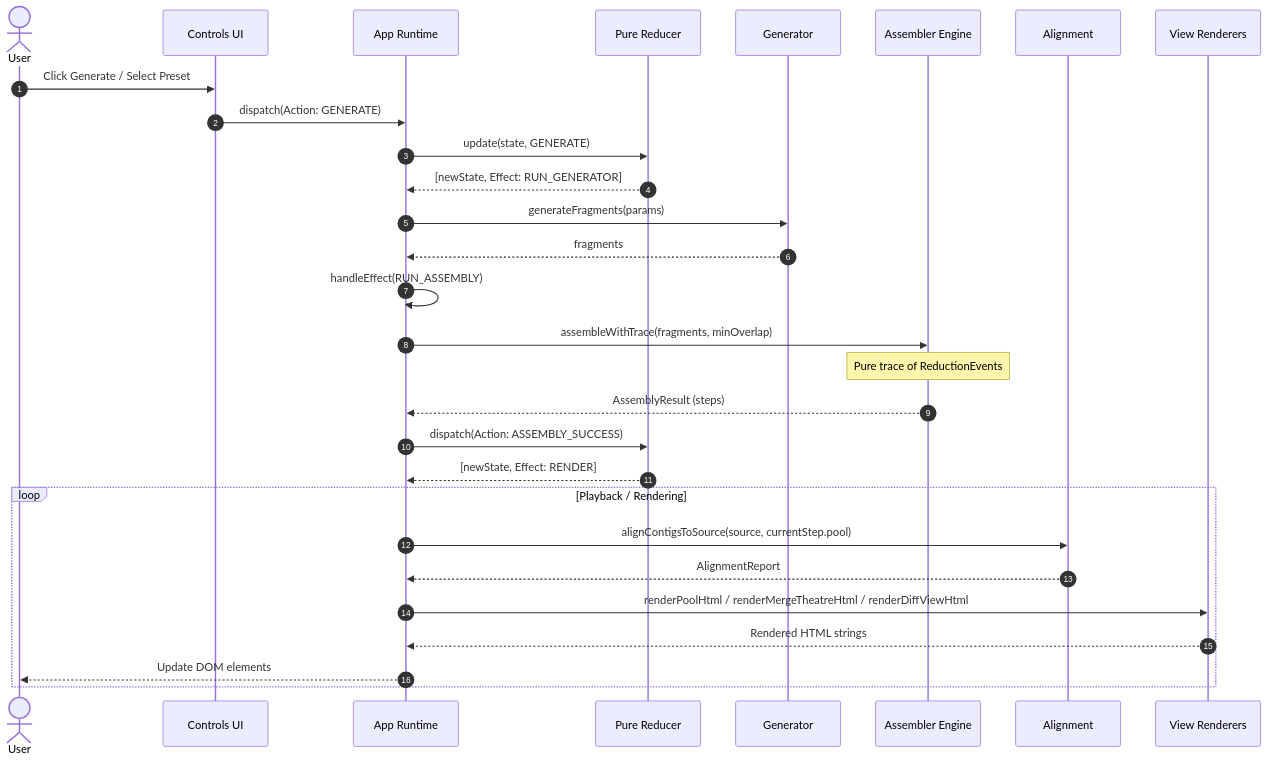
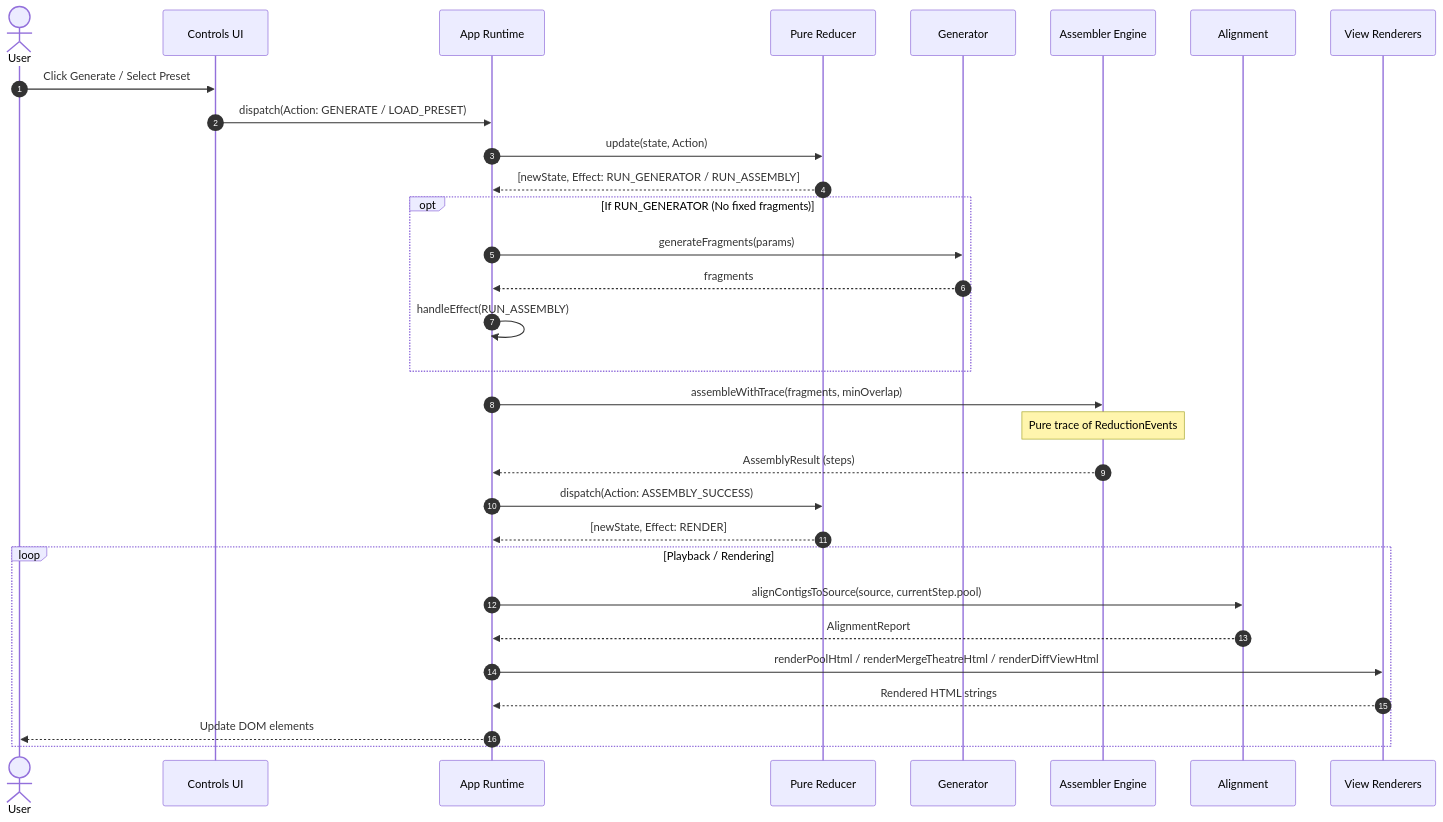
The diagram in README.md (frankhjung/typescript-reconstruct-strings-web), drawn with Mermaid before and after one commit. The commit also changed other lines of this file and 6 other files, not shown here.

````diff
--- a/README.md
+++ b/README.md
@@ -24,36 +24,38 @@
 ```mermaid
 sequenceDiagram
   autonumber
   actor User
   participant UI as Controls UI
   participant App as App Runtime
   participant Store as Pure Reducer
   participant Gen as Generator
   participant Asm as Assembler Engine
   participant Align as Alignment
   participant View as View Renderers
 
   User->>UI: Click Generate / Select Preset
-  UI->>App: dispatch(Action: GENERATE)
-  App->>Store: update(state, GENERATE)
-  Store-->>App: [newState, Effect: RUN_GENERATOR]
-  
-  App->>Gen: generateFragments(params)
-  Gen-->>App: fragments
-  App->>App: handleEffect(RUN_ASSEMBLY)
-  
+  UI->>App: dispatch(Action: GENERATE / LOAD_PRESET)
+  App->>Store: update(state, Action)
+  Store-->>App: [newState, Effect: RUN_GENERATOR / RUN_ASSEMBLY]
+
+  opt If RUN_GENERATOR (No fixed fragments)
+    App->>Gen: generateFragments(params)
+    Gen-->>App: fragments
+    App->>App: handleEffect(RUN_ASSEMBLY)
+  end
+
   App->>Asm: assembleWithTrace(fragments, minOverlap)
   Note over Asm: Pure trace of ReductionEvents
   Asm-->>App: AssemblyResult (steps)
-  
+
   App->>Store: dispatch(Action: ASSEMBLY_SUCCESS)
   Store-->>App: [newState, Effect: RENDER]
-  
+
   loop Playback / Rendering
     App->>Align: alignContigsToSource(source, currentStep.pool)
     Align-->>App: AlignmentReport
     App->>View: renderPoolHtml / renderMergeTheatreHtml / renderDiffViewHtml
     View-->>App: Rendered HTML strings
     App-->>User: Update DOM elements
   end
 ```
````
